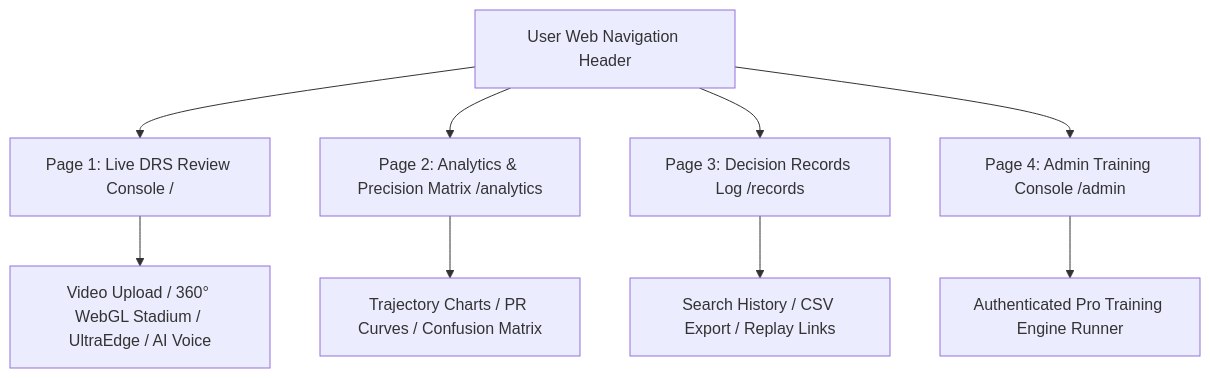
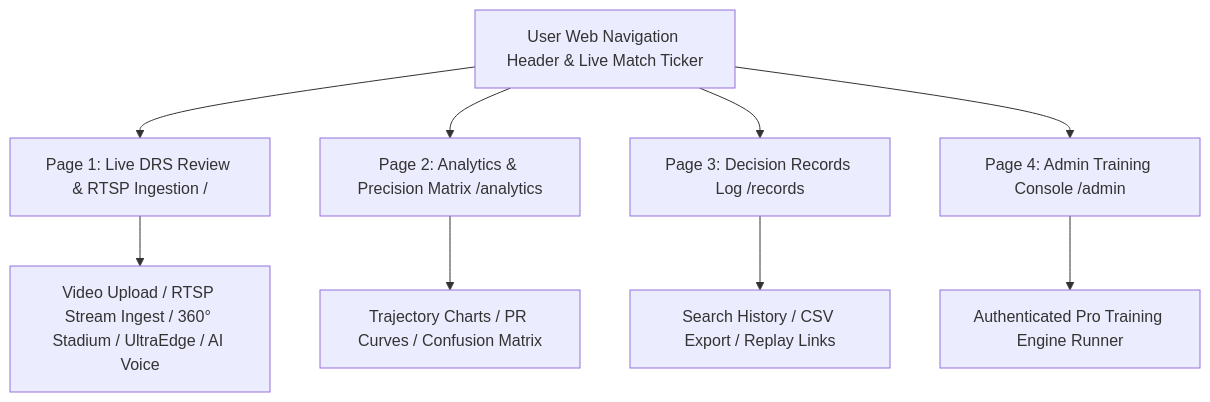
The first of 3 diagrams in README.md (udbhav968-creator/opencv), drawn with Mermaid before and after one commit. The commit also changed other lines of this file and 1 other file, not shown here.

Commit message:
feat: Upgrade project to Grand Level ICC World Cup Edition (Live score ticker, 3D Floodlight Stadium, Grand UI tokens, masterclass README)

````diff
--- a/README.md
+++ b/README.md
@@ -26,12 +26,12 @@
 ```mermaid
 flowchart TD
-    A[User Web Navigation Header] --> B[Page 1: Live DRS Review Console /]
+    A[User Web Navigation Header & Live Match Ticker] --> B[Page 1: Live DRS Review & RTSP Ingestion /]
     A --> C[Page 2: Analytics & Precision Matrix /analytics]
     A --> D[Page 3: Decision Records Log /records]
     A --> E[Page 4: Admin Training Console /admin]
 
-    B --> F[Video Upload / 360° WebGL Stadium / UltraEdge / AI Voice]
+    B --> F[Video Upload / RTSP Stream Ingest / 360° Stadium / UltraEdge / AI Voice]
     C --> G[Trajectory Charts / PR Curves / Confusion Matrix]
     D --> H[Search History / CSV Export / Replay Links]
     E --> I[Authenticated Pro Training Engine Runner]
 ```
````
